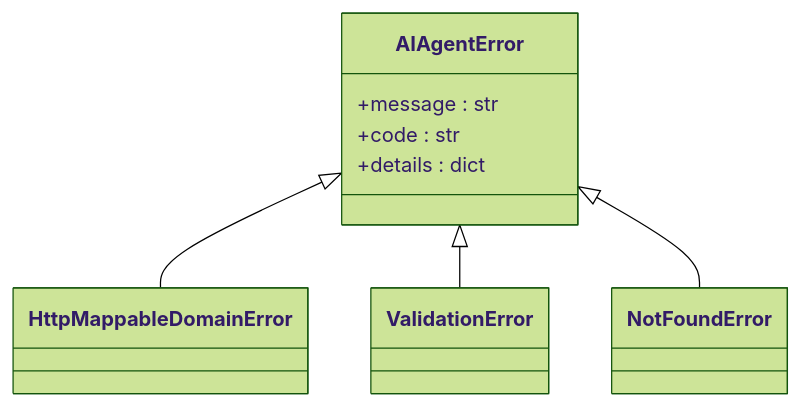
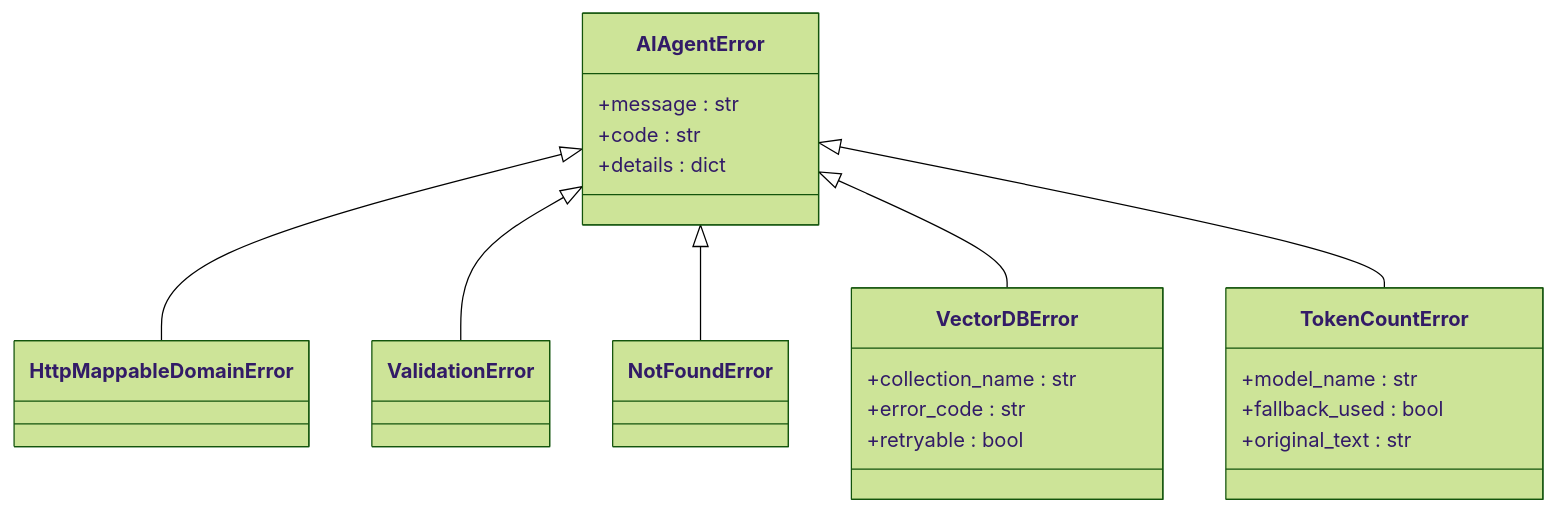
The third of 8 diagrams in .qoder/repowiki/zh/content/后端服务架构/基础设施层/异常处理机制.md (tianyehedashu/ai-agent), drawn with Mermaid (forest theme) before and after one commit. The commit also changed other lines of this file and 46 other files, not shown here.

````diff
--- a/.qoder/repowiki/zh/content/后端服务架构/基础设施层/异常处理机制.md
+++ b/.qoder/repowiki/zh/content/后端服务架构/基础设施层/异常处理机制.md
@@ -138,14 +161,26 @@
 ```mermaid
 classDiagram
 class AIAgentError {
 +message : str
 +code : str
 +details : dict
 }
 class HttpMappableDomainError
 class ValidationError
 class NotFoundError
+class VectorDBError {
++collection_name : str
++error_code : str
++retryable : bool
+}
+class TokenCountError {
++model_name : str
++fallback_used : bool
++original_text : str
+}
 AIAgentError <|-- HttpMappableDomainError
 AIAgentError <|-- ValidationError
 AIAgentError <|-- NotFoundError
+AIAgentError <|-- VectorDBError
+AIAgentError <|-- TokenCountError
 ```
````
